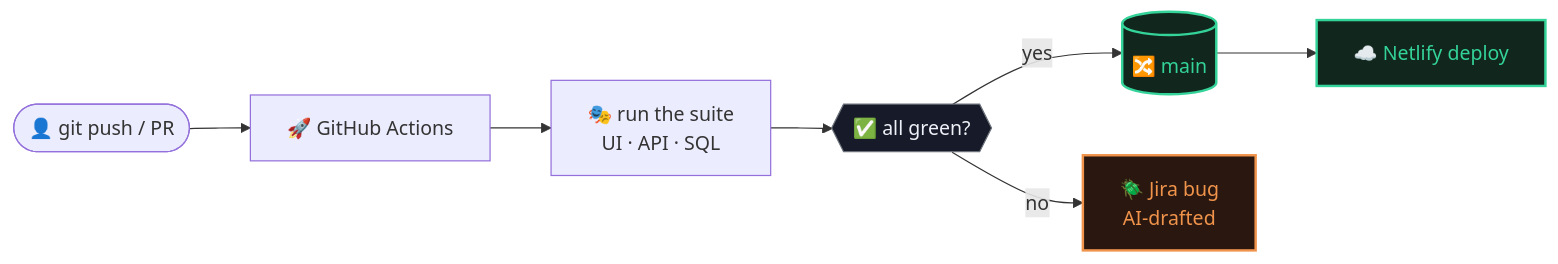
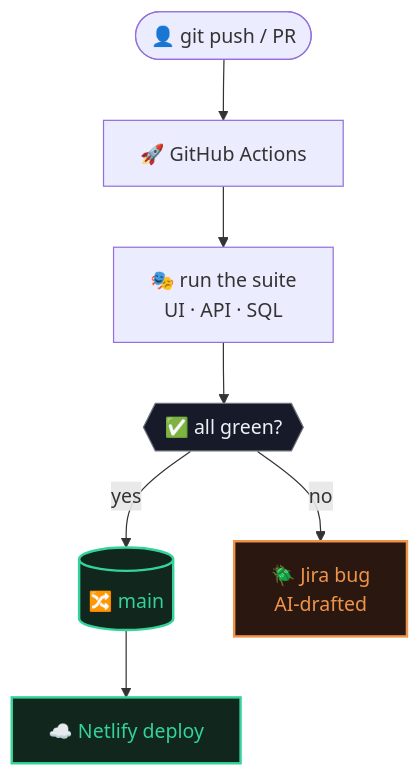
The second of 2 diagrams in README.md (PashaGend/QA-Automation-project), drawn with Mermaid before and after one commit. The commit also changed other lines of this file, not shown here.

First line of the commit message:
Switch diagrams to top-down layout to fix overlap and fit the README column

````diff
--- a/README.md
+++ b/README.md
@@ -51,16 +49,16 @@
 ```mermaid
-flowchart LR
+flowchart TD
     PUSH(["👤 git push / PR"]) --> CI["🚀 GitHub Actions"]
     CI --> RUN["🎭 run the suite<br/>UI · API · SQL"]
     RUN --> GATE{{"✅ all green?"}}
     GATE -->|yes| MAIN[("🔀 main")]
+    MAIN --> NETLIFY["☁️ Netlify deploy"]
     GATE -->|no| JIRA["🪲 Jira bug<br/>AI-drafted"]
-    MAIN --> NETLIFY["☁️ Netlify deploy"]
 
     classDef pass fill:#11261c,stroke:#34d399,stroke-width:2px,color:#34d399;
     classDef fail fill:#2a1810,stroke:#f0934b,stroke-width:2px,color:#f0934b;
     classDef neutral fill:#171a28,stroke:#6a7179,stroke-width:1px,color:#eef1f7;
     class GATE neutral;
     class MAIN,NETLIFY pass;
     class JIRA fail;
 ```
````
